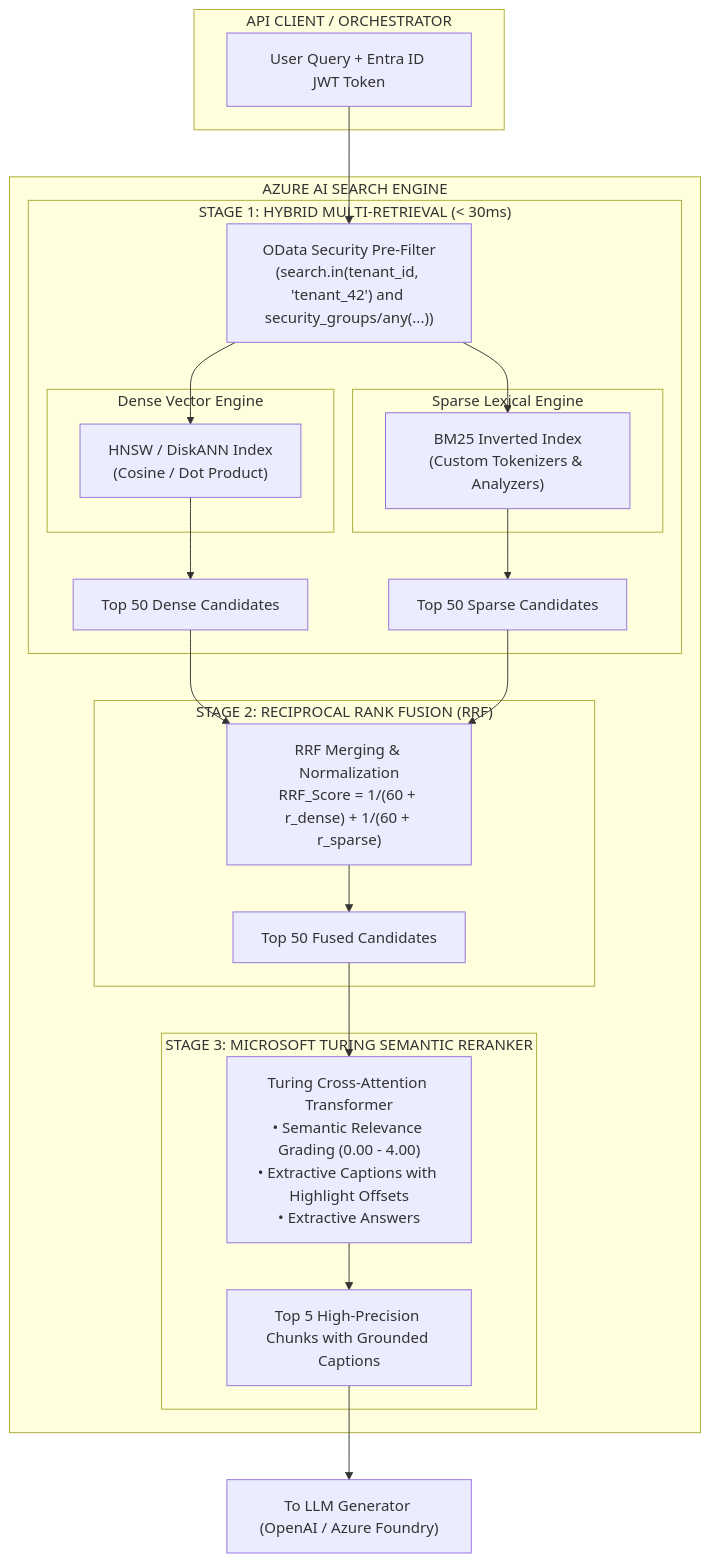
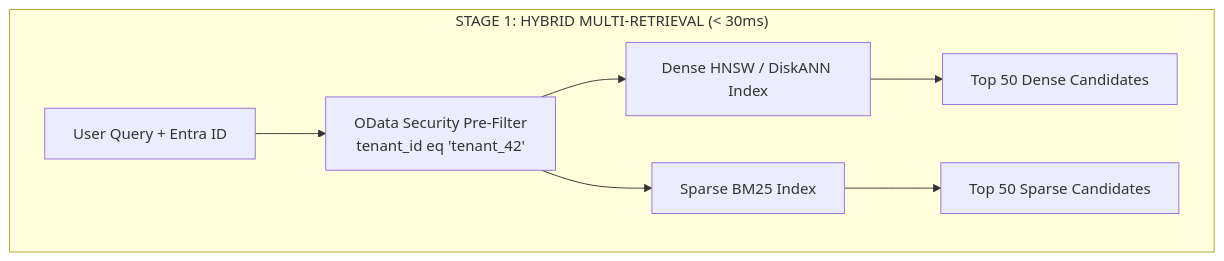
The first of 3 diagrams in 02-rag-and-knowledge-systems/reference/cloud-retrieval-architectures.md (dip4k/senior-engineer-to-ai-engineer-roadmap), drawn with Mermaid before and after one commit. The commit also changed other lines of this file and 10 other files, not shown here.

````diff
--- a/02-rag-and-knowledge-systems/reference/cloud-retrieval-architectures.md
+++ b/02-rag-and-knowledge-systems/reference/cloud-retrieval-architectures.md
@@ -23,41 +24,10 @@
 ```mermaid
 flowchart TD
-    subgraph Client["API CLIENT / ORCHESTRATOR"]
-        UQ["User Query + Entra ID JWT Token"]
+    subgraph Stage1["STAGE 1: HYBRID MULTI-RETRIEVAL (< 30ms)"]
+        UQ["User Query + Entra ID"] --> PFilter["OData Security Pre-Filter<br>tenant_id eq 'tenant_42'"]
+        PFilter --> HNSW["Dense HNSW / DiskANN Index"]
+        PFilter --> BM25["Sparse BM25 Index"]
+        HNSW --> TopDense["Top 50 Dense Candidates"]
+        BM25 --> TopSparse["Top 50 Sparse Candidates"]
     end
-
-    subgraph AzureAISearch["AZURE AI SEARCH ENGINE"]
-        subgraph Stage1["STAGE 1: HYBRID MULTI-RETRIEVAL (< 30ms)"]
-            PFilter["OData Security Pre-Filter<br>(search.in(tenant_id, 'tenant_42') and security_groups/any(...))"]
-            
-            subgraph DenseEngine["Dense Vector Engine"]
-                HNSW["HNSW / DiskANN Index<br>(Cosine / Dot Product)"]
-            end
-            
-            subgraph SparseEngine["Sparse Lexical Engine"]
-                BM25["BM25 Inverted Index<br>(Custom Tokenizers & Analyzers)"]
-            end
-            
-            PFilter --> HNSW
-            PFilter --> BM25
-            HNSW --> TopDense["Top 50 Dense Candidates"]
-            BM25 --> TopSparse["Top 50 Sparse Candidates"]
-        end
-
-        subgraph Fusion["STAGE 2: RECIPROCAL RANK FUSION (RRF)"]
-            RRF["RRF Merging & Normalization<br>RRF_Score = 1/(60 + r_dense) + 1/(60 + r_sparse)"]
-            TopDense --> RRF
-            TopSparse --> RRF
-            RRF --> Top50["Top 50 Fused Candidates"]
-        end
-
-        subgraph Stage3["STAGE 3: MICROSOFT TURING SEMANTIC RERANKER"]
-            Turing["Turing Cross-Attention Transformer<br>• Semantic Relevance Grading (0.00 - 4.00)<br>• Extractive Captions with Highlight Offsets<br>• Extractive Answers"]
-            Top50 --> Turing
-            Turing --> Top5["Top 5 High-Precision Chunks with Grounded Captions"]
-        end
-    end
-
-    UQ --> PFilter
-    Top5 --> LLM["To LLM Generator (OpenAI / Azure Foundry)"]
 ```
````
